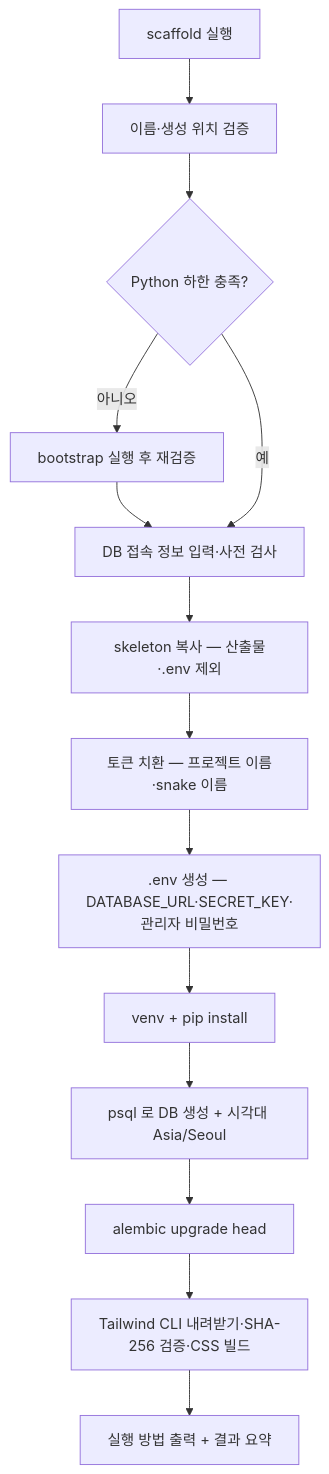
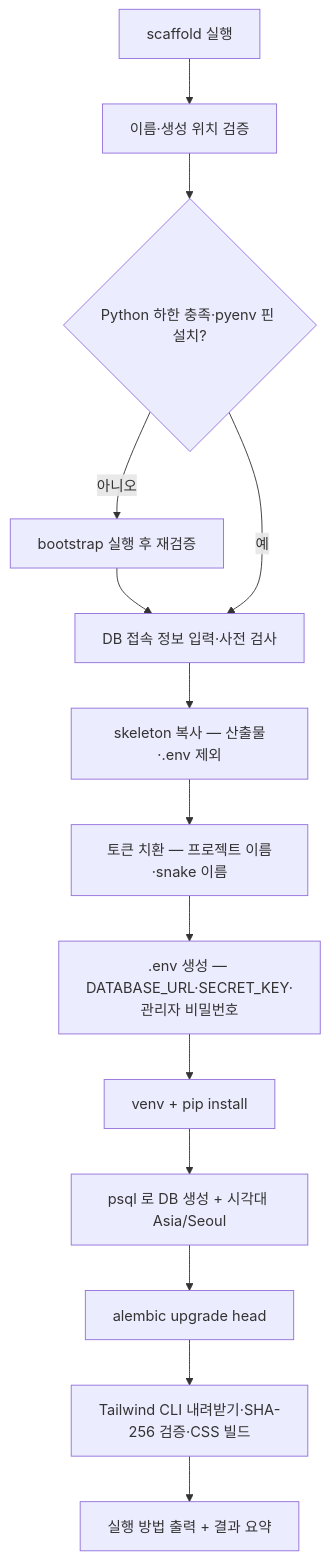
Before and after one commit to al8bright/flask-starter: the second of 3 diagrams in README.md, drawn with Mermaid. The commit also changed other lines of this file and 15 other files, not shown here.

````diff
--- a/README.md
+++ b/README.md
@@ -86,16 +87,16 @@
 ```mermaid
 flowchart TD
     A["scaffold 실행"] --> B["이름·생성 위치 검증"]
-    B --> C{"Python 하한 충족?"}
+    B --> C{"Python 하한 충족·pyenv 핀 설치?"}
     C -- 아니오 --> D["bootstrap 실행 후 재검증"]
     D --> E
     C -- 예 --> E["DB 접속 정보 입력·사전 검사"]
     E --> F["skeleton 복사 — 산출물·.env 제외"]
     F --> G["토큰 치환 — 프로젝트 이름·snake 이름"]
     G --> H[".env 생성 — DATABASE_URL·SECRET_KEY·관리자 비밀번호"]
     H --> I["venv + pip install"]
     I --> J["psql 로 DB 생성 + 시각대 Asia/Seoul"]
     J --> K["alembic upgrade head"]
     K --> L["Tailwind CLI 내려받기·SHA-256 검증·CSS 빌드"]
     L --> M["실행 방법 출력 + 결과 요약"]
 ```
````
